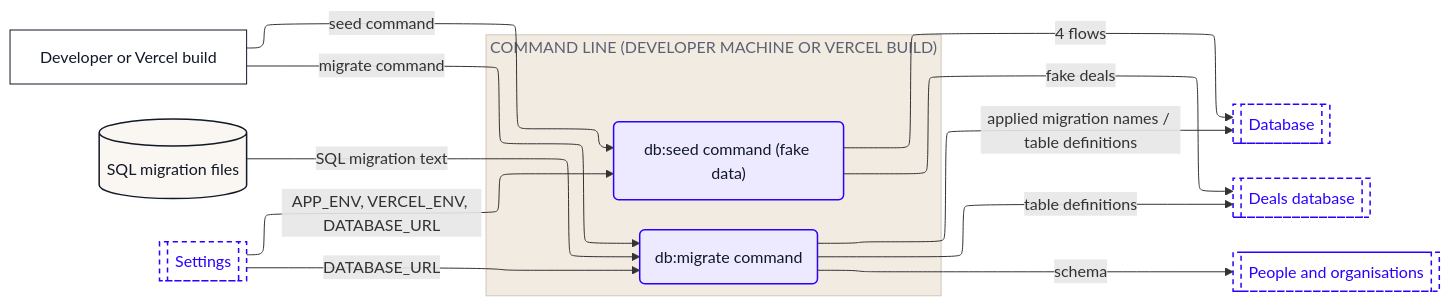
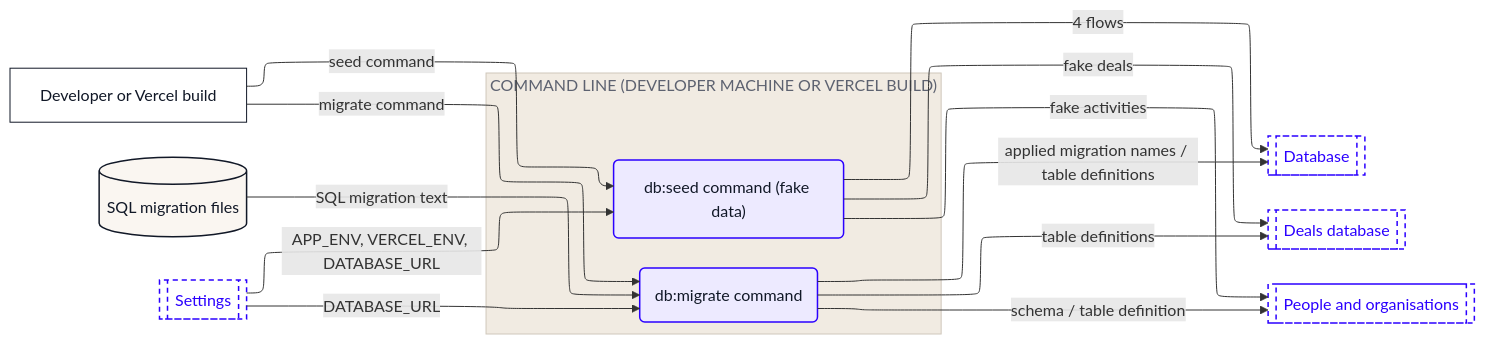
Before and after one commit to Romain-Perche/Barnacle-Pipe: the fourth of 10 diagrams in dataflow/DATAFLOW.md, drawn with Mermaid. The commit also changed other lines of this file and 11 other files, not shown here.

````diff
--- a/dataflow/DATAFLOW.md
+++ b/dataflow/DATAFLOW.md
@@ -207,38 +207,39 @@
 ```mermaid
 ---
 config:
   layout: elk
 ---
 flowchart LR
     n1["Developer or Vercel build"]
     n2[("SQL migration files")]
     subgraph z1["COMMAND LINE (DEVELOPER MACHINE OR VERCEL BUILD)"]
         n3("db:migrate command")
         n4("db:seed command (fake data)")
     end
     n5[["Database"]]
     n6[["Deals database"]]
     n7[["People and organisations"]]
     n8[["Settings"]]
     n1 -->|"migrate command"| n3
     n1 -->|"seed command"| n4
     n8 -->|"DATABASE_URL"| n3
     n8 -->|"APP_ENV, VERCEL_ENV, DATABASE_URL"| n4
+    n3 -->|"schema / table definition"| n7
     n3 -->|"table definitions"| n6
-    n3 -->|"schema"| n7
     n3 -->|"applied migration names / table definitions"| n5
     n2 -->|"SQL migration text"| n3
+    n4 -->|"fake activities"| n7
     n4 -->|"fake deals"| n6
     n4 -->|"4 flows"| n5
     classDef actor fill:#FFFFFF,stroke:#111827,stroke-width:1px,color:#111827
     classDef process fill:#EDEAFF,stroke:#2B00FF,stroke-width:1.5px,color:#111827
     classDef store fill:#FAF6F1,stroke:#111827,stroke-width:1.5px,color:#111827
     classDef zone fill:#1A1A1A,stroke:#1A1A1A,color:#FFFFFF
     classDef group fill:#2B00FF,stroke:#2B00FF,color:#FFFFFF
     classDef stub fill:#FFFFFF,stroke:#2B00FF,stroke-width:1.5px,stroke-dasharray:5 4,color:#2B00FF
     class n1 actor
     class n3,n4 process
     class n2 store
     class n5,n6,n7,n8 stub
     style z1 fill:#F1EBE2,stroke:#CFC7BB,color:#5D6270
 ```
````
